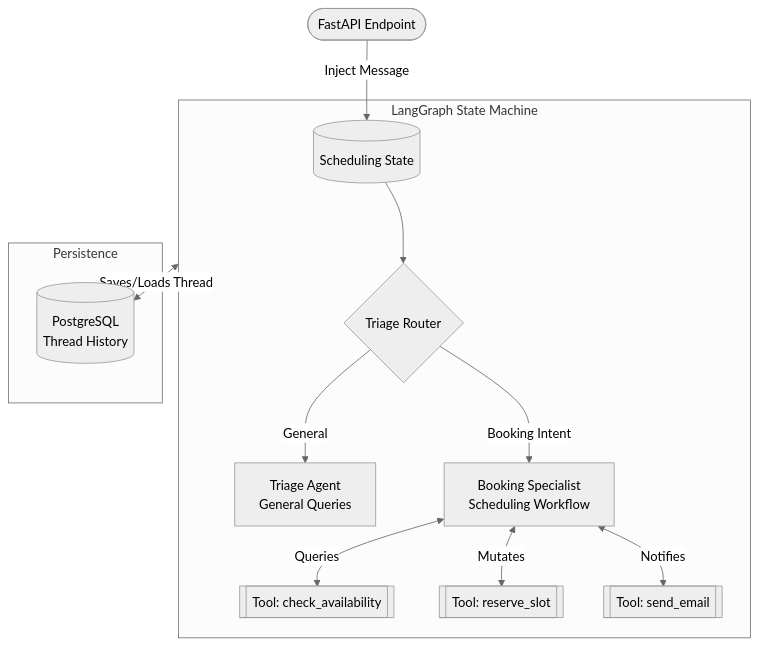
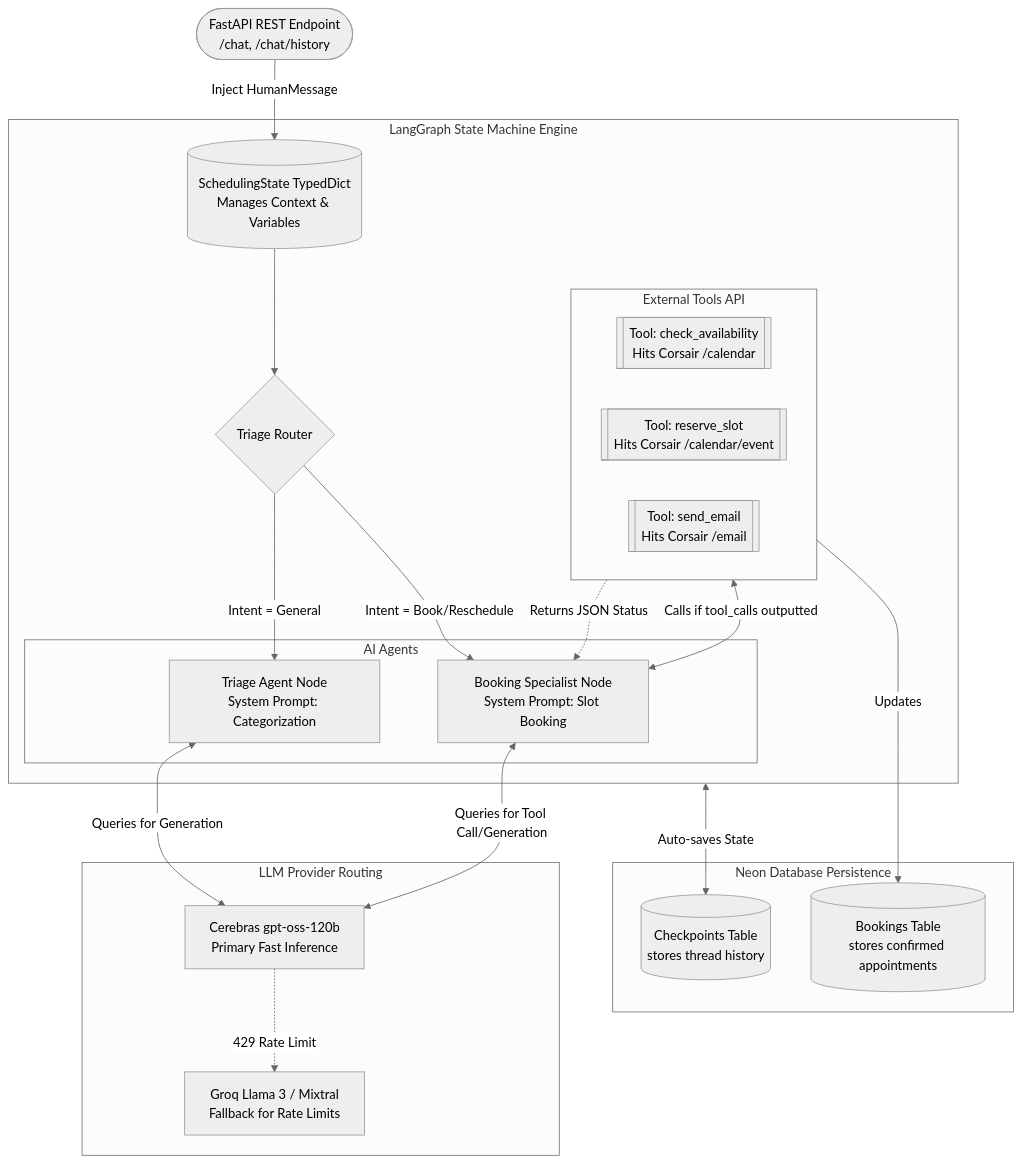
The diagram in python-agent/README.md (MRIARC-08/lakshya-scheduling), drawn with Mermaid (neutral theme) before and after one commit. The commit also changed 3 other files, not shown here.

Commit message:
docs: enhance architecture diagrams with greater detail across all services

````diff
--- a/python-agent/README.md
+++ b/python-agent/README.md
@@ -9,32 +9,48 @@
 ```mermaid
 graph TD
-    API([FastAPI Endpoint])
+    %% Entry points
+    API([FastAPI REST Endpoint<br/>/chat, /chat/history])
     
-    subgraph LangGraph [LangGraph State Machine]
-        State[(Scheduling State)]
+    subgraph LangGraphEngine [LangGraph State Machine Engine]
+        State[(SchedulingState TypedDict<br/>Manages Context & Variables)]
         
         Router{Triage Router}
-        TriageNode[Triage Agent<br/>General Queries]
-        BookingNode[Booking Specialist<br/>Scheduling Workflow]
         
-        CheckAvailability[[Tool: check_availability]]
-        ReserveSlot[[Tool: reserve_slot]]
-        SendEmail[[Tool: send_email]]
+        subgraph Agents [AI Agents]
+            TriageNode[Triage Agent Node<br/>System Prompt: Categorization]
+            BookingNode[Booking Specialist Node<br/>System Prompt: Slot Booking]
+        end
+        
+        subgraph Tools [External Tools API]
+            CheckAvailability[[Tool: check_availability<br/>Hits Corsair /calendar]]
+            ReserveSlot[[Tool: reserve_slot<br/>Hits Corsair /calendar/event]]
+            SendEmail[[Tool: send_email<br/>Hits Corsair /email]]
+        end
     end
     
-    subgraph Checkpoints [Persistence]
-        PG[(PostgreSQL<br/>Thread History)]
+    subgraph Persistence [Neon Database Persistence]
+        PG_Threads[(Checkpoints Table<br/>stores thread history)]
+        PG_Bookings[(Bookings Table<br/>stores confirmed appointments)]
     end
     
-    API -->|Inject Message| State
+    subgraph LLMRouting [LLM Provider Routing]
+        PrimaryLLM[Cerebras gpt-oss-120b<br/>Primary Fast Inference]
+        FallbackLLM[Groq Llama 3 / Mixtral<br/>Fallback for Rate Limits]
+    end
+    
+    API -->|Inject HumanMessage| State
     State --> Router
     
-    Router -->|General| TriageNode
-    Router -->|Booking Intent| BookingNode
+    Router -->|Intent = General| TriageNode
+    Router -->|Intent = Book/Reschedule| BookingNode
     
-    BookingNode <-->|Queries| CheckAvailability
-    BookingNode <-->|Mutates| ReserveSlot
-    BookingNode <-->|Notifies| SendEmail
+    TriageNode <-->|Queries for Generation| PrimaryLLM
+    BookingNode <-->|Queries for Tool Call/Generation| PrimaryLLM
+    PrimaryLLM -.->|429 Rate Limit| FallbackLLM
     
-    LangGraph <-->|Saves/Loads Thread| PG
+    BookingNode <-->|Calls if tool_calls outputted| Tools
+    Tools -.->|Returns JSON Status| BookingNode
+    
+    Tools -->|Updates| PG_Bookings
+    LangGraphEngine <-->|Auto-saves State| PG_Threads
 ```
````
